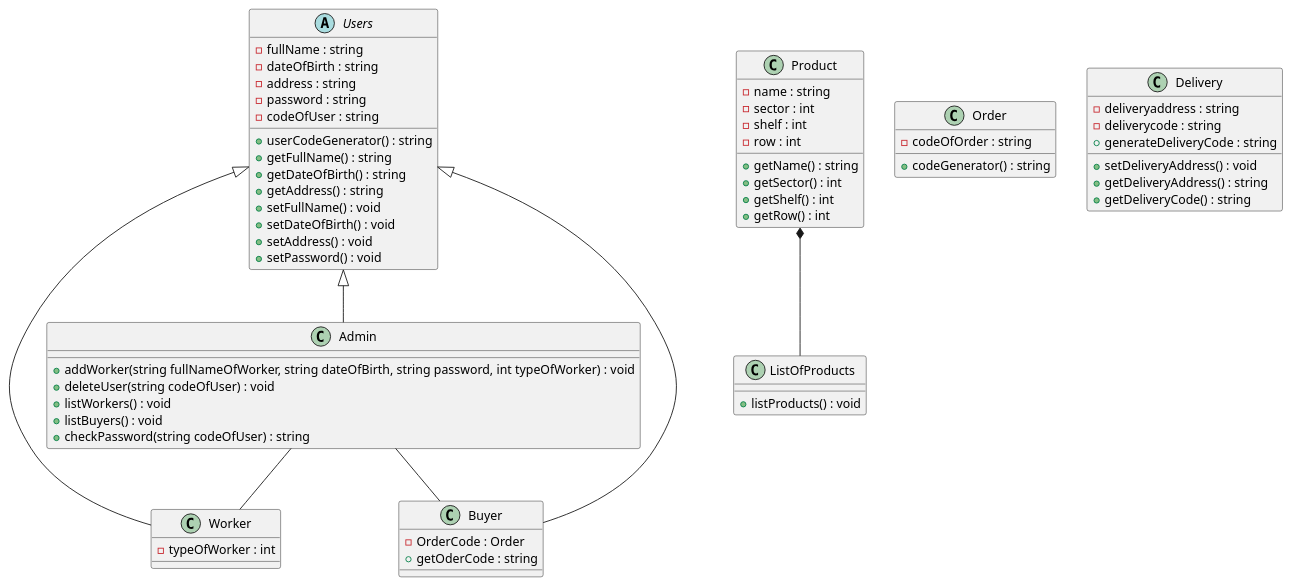
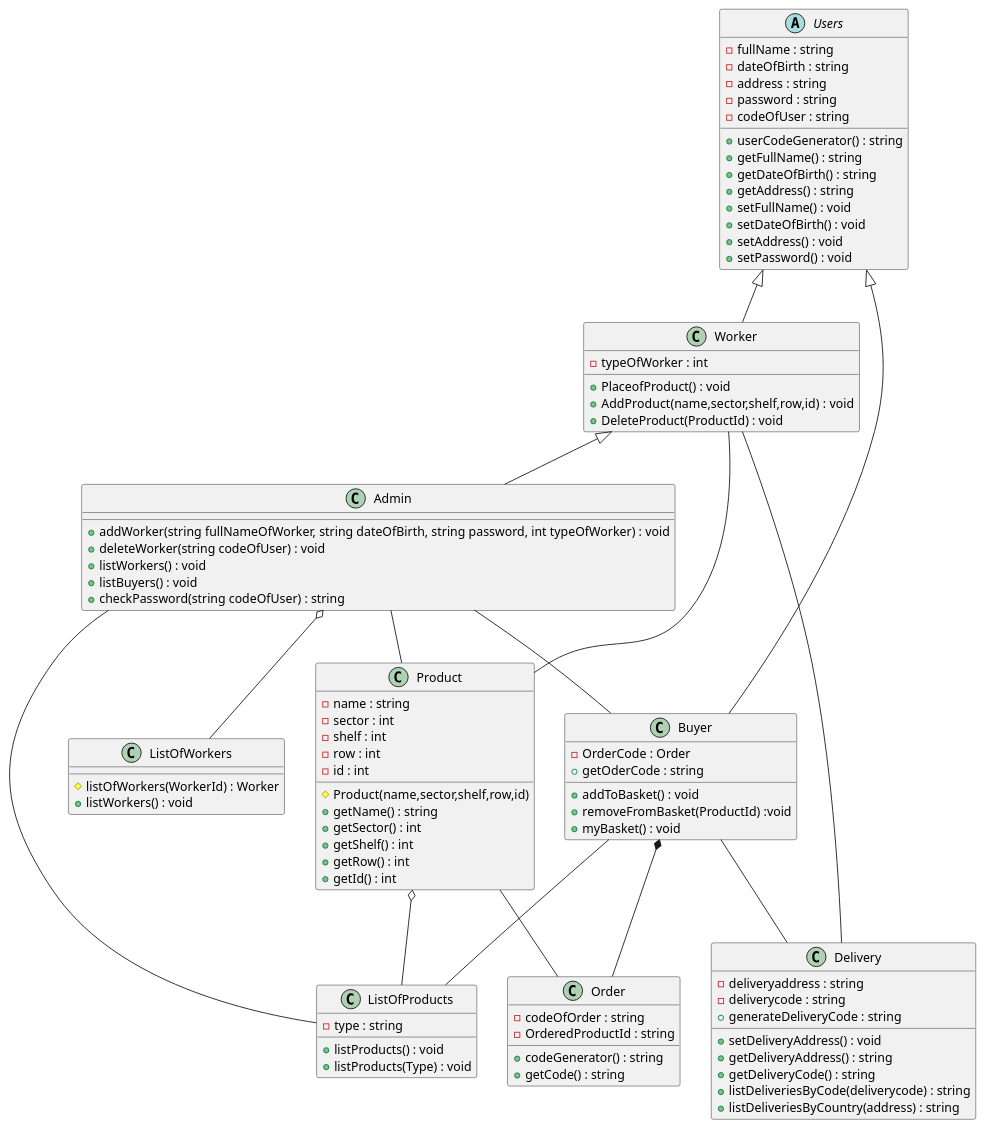
The diagram in classmeghatarozas.wsd (Leves01/Szoftvertechnologia), drawn with PlantUML before and after one commit.

```diff
--- a/classmeghatarozas.wsd
+++ b/classmeghatarozas.wsd
@@ -1,91 +1,125 @@
-@startuml classmeghatarozas
-
+@startuml
 'Classok a programon belül
 
 abstract class Users {
     -fullName : string
     -dateOfBirth : string
     -address : string
     -password : string
     -codeOfUser : string
     '4 karakterből álló generátor
     +userCodeGenerator() : string
     +getFullName() : string
     +getDateOfBirth() : string
     +getAddress() : string
     +setFullName() : void
     +setDateOfBirth() : void
     +setAddress() : void
     +setPassword() : void
 
 }
 
 class Admin {
     +addWorker(string fullNameOfWorker, string dateOfBirth, string password, int typeOfWorker) : void
-    +deleteUser(string codeOfUser) : void
+    +deleteWorker(string codeOfUser) : void
     +listWorkers() : void
     +listBuyers() : void
     +checkPassword(string codeOfUser) : string
 }
 
 class Worker {
     -typeOfWorker : int
+    +PlaceofProduct() : void
+    +AddProduct(name,sector,shelf,row,id) : void
+    +DeleteProduct(ProductId) : void
+
 }
 
 class Buyer {
     -OrderCode : Order
     +getOderCode : string
+    +addToBasket() : void
+    +removeFromBasket(ProductId) :void
+    +myBasket() : void 
 
    
 }  
 
 class Product {
     -name : string
     -sector : int
     -shelf : int
     -row : int
+    -id : int
+    #Product(name,sector,shelf,row,id)
     +getName() : string
     +getSector() : int
     +getShelf() : int
     +getRow() : int 
+    +getId() : int
+
 }
 
 class Order {
     'legenerált random kód
     -codeOfOrder : string
+    -OrderedProductId : string
     '8 karakterből álló random kód
     +codeGenerator() : string
+    +getCode() : string
+
 
 }
 
 class ListOfProducts {
+    -type : string
     +listProducts() : void
+    +listProducts(Type) : void
+
 }
 
-' class ListOfWorkers {
-'     #listOfWorkers[] : Worker
-'     +listWorkers() : void
-' }
+class ListOfWorkers {
+     #listOfWorkers(WorkerId) : Worker
+     +listWorkers() : void
+ }
 
 class Delivery {
     - deliveryaddress : string
     - deliverycode : string
     +setDeliveryAddress() : void
     +generateDeliveryCode : string
     +getDeliveryAddress() : string
     +getDeliveryCode() : string
+    +listDeliveriesByCode(deliverycode) : string
+    +listDeliveriesByCountry(address) : string
+
 
 }
 
 ' Kapcsolodasok a classok kozott
 
-Users <|-- Admin
+
 Users <|-- Worker
 Users <|-- Buyer
+Worker <|-- Admin
 
-Admin -- Worker
+'Admin -- Worker
 Admin -- Buyer
+Admin -- Product
+Admin -- ListOfProducts
+Admin o-- ListOfWorkers
 
-Product *-- ListOfProducts
+Product o-- ListOfProducts
 
+
+Buyer -- ListOfProducts
+Buyer *-- Order
+Buyer -- Delivery
+
+
+Product-- Order
+
+Worker -- Delivery
+
+Worker -- Product
 @enduml
```
